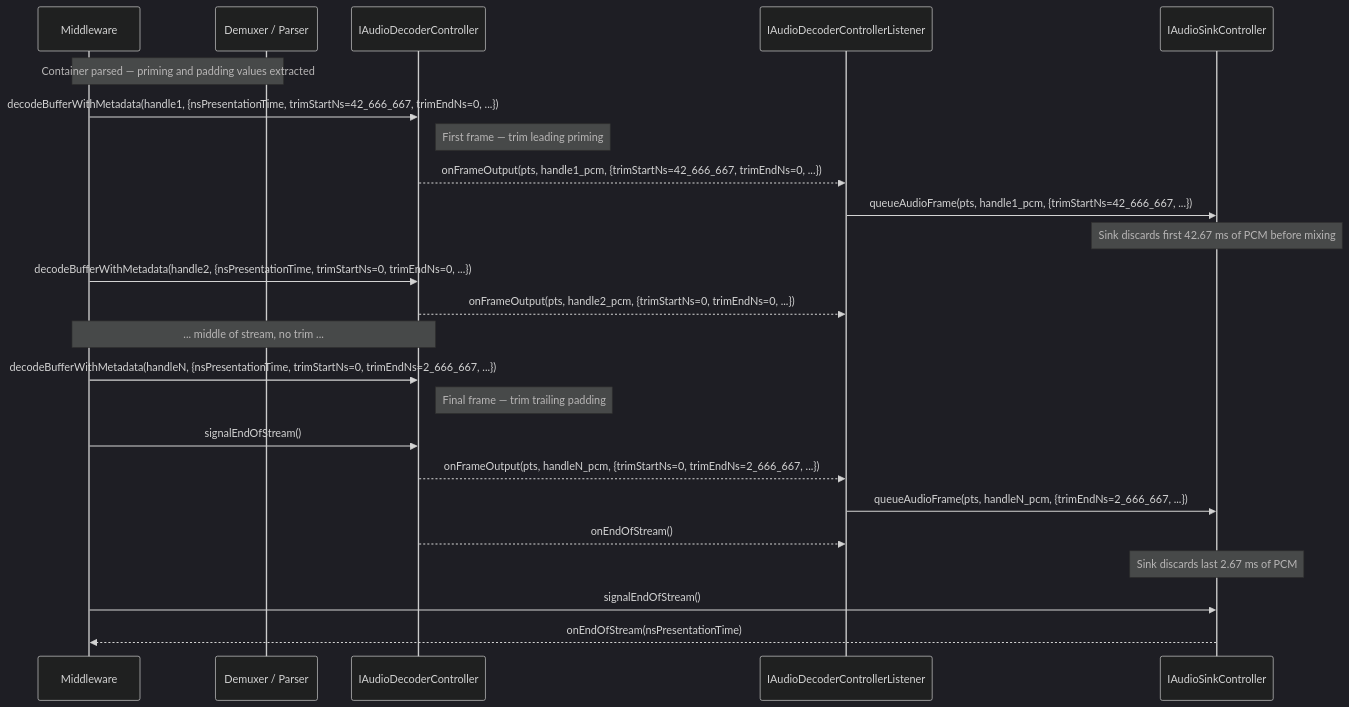
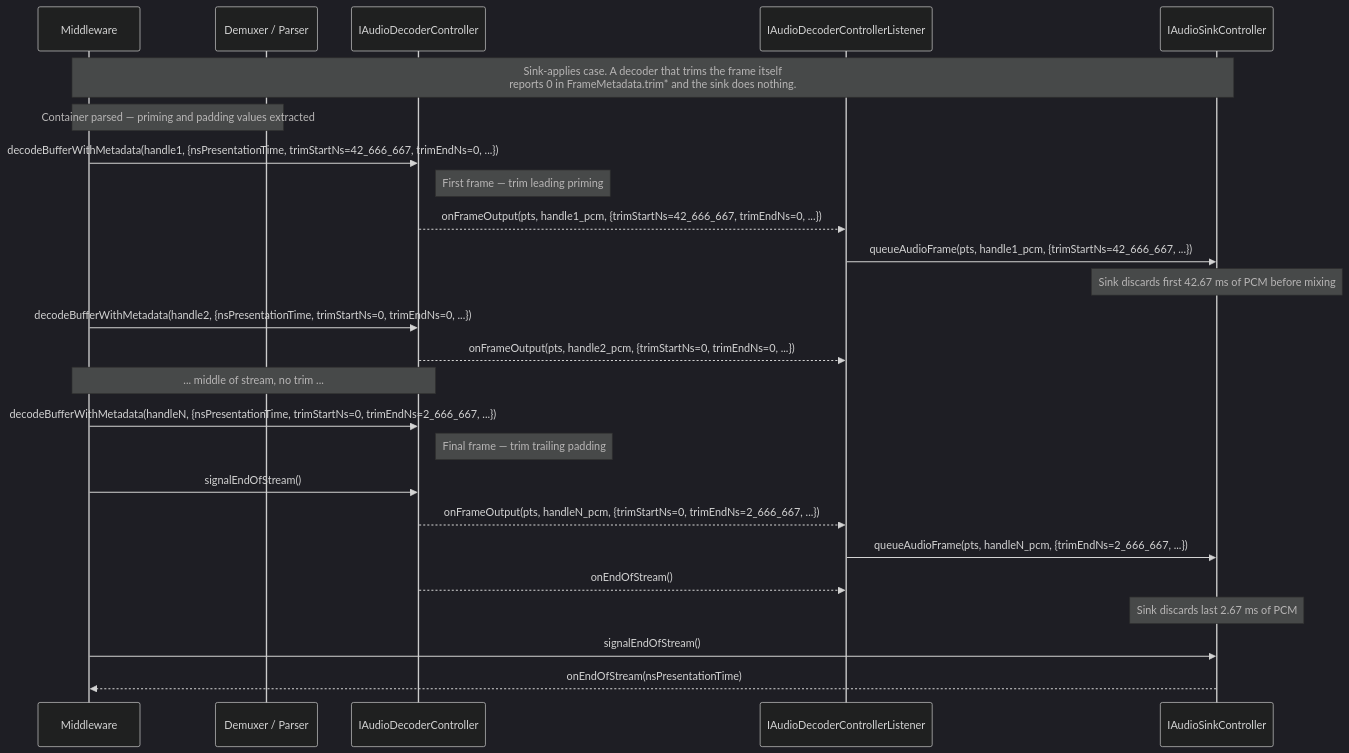
The fourth of 5 diagrams in audiodecoder/current/docs/audio_decoder.md (rdkcentral/rdk-halif-aidl), drawn with Mermaid (dark theme) before and after one commit.

Commit message:
docs(audiodecoder): label the sequence diagram as the sink-applies case
The diagram's notes say the sink discards the trim, which reads as the only
behaviour. A sequence diagram depicts one concrete flow, so the fix is to
name which flow rather than make the notes stage-agnostic.

Raised by Copilot review.

````diff
--- a/audiodecoder/current/docs/audio_decoder.md
+++ b/audiodecoder/current/docs/audio_decoder.md
@@ -398,26 +398,27 @@
 ```mermaid
 sequenceDiagram
     participant MW as Middleware
     participant Demux as Demuxer / Parser
     participant Dec as IAudioDecoderController
     participant Listener as IAudioDecoderControllerListener
     participant Sink as IAudioSinkController
+    Note over MW,Sink: Sink-applies case. A decoder that trims the frame itself<br/>reports 0 in FrameMetadata.trim* and the sink does nothing.
     Note over MW,Demux: Container parsed — priming and padding values extracted
     MW->>Dec: decodeBufferWithMetadata(handle1, {nsPresentationTime, trimStartNs=42_666_667, trimEndNs=0, ...})
     Note right of Dec: First frame — trim leading priming
     Dec-->>Listener: onFrameOutput(pts, handle1_pcm, {trimStartNs=42_666_667, trimEndNs=0, ...})
     Listener->>Sink: queueAudioFrame(pts, handle1_pcm, {trimStartNs=42_666_667, ...})
     Note over Sink: Sink discards first 42.67 ms of PCM before mixing
     MW->>Dec: decodeBufferWithMetadata(handle2, {nsPresentationTime, trimStartNs=0, trimEndNs=0, ...})
     Dec-->>Listener: onFrameOutput(pts, handle2_pcm, {trimStartNs=0, trimEndNs=0, ...})
     Note over MW,Dec: ... middle of stream, no trim ...
     MW->>Dec: decodeBufferWithMetadata(handleN, {nsPresentationTime, trimStartNs=0, trimEndNs=2_666_667, ...})
     Note right of Dec: Final frame — trim trailing padding
     MW->>Dec: signalEndOfStream()
     Dec-->>Listener: onFrameOutput(pts, handleN_pcm, {trimStartNs=0, trimEndNs=2_666_667, ...})
     Listener->>Sink: queueAudioFrame(pts, handleN_pcm, {trimEndNs=2_666_667, ...})
     Dec-->>Listener: onEndOfStream()
     Note over Sink: Sink discards last 2.67 ms of PCM
     MW->>Sink: signalEndOfStream()
     Sink-->>MW: onEndOfStream(nsPresentationTime)
 ```
````
